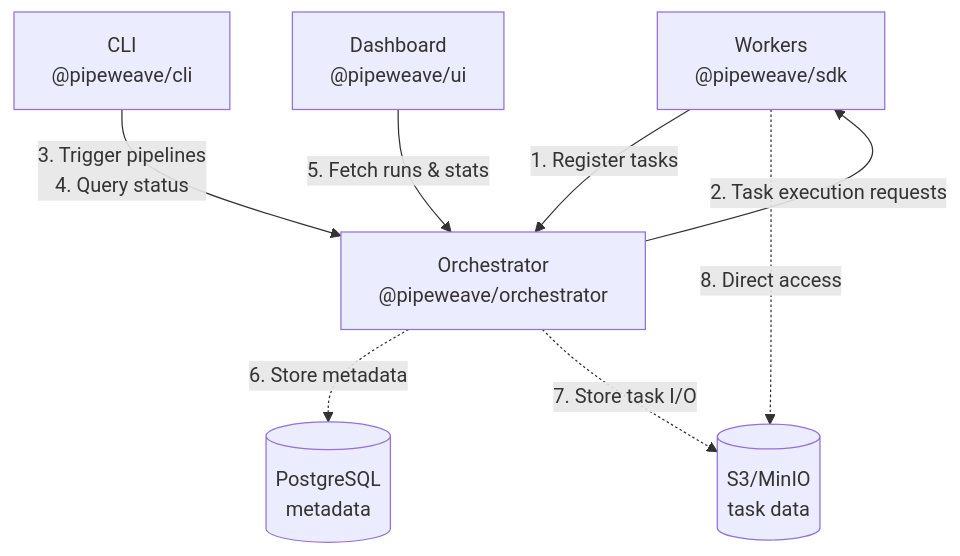
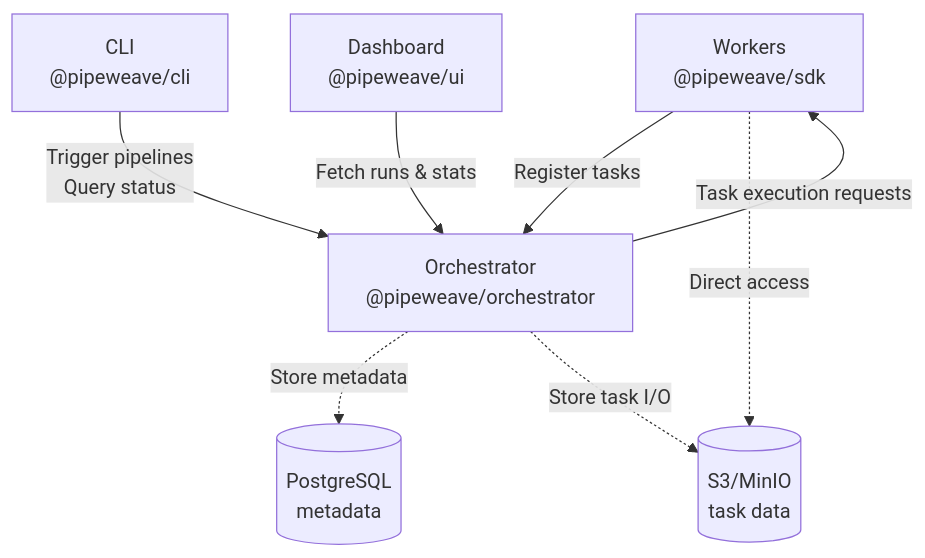
Before and after one commit to PipeWeave/pipeweave: the first of 2 diagrams in README.md, drawn with Mermaid. The commit also changed other lines of this file, not shown here.

Commit message:
docs: improve formatting and clarity in README packages section

````diff
--- a/README.md
+++ b/README.md
@@ -127,18 +127,18 @@
 ```mermaid
 graph TB
     Worker["Workers<br/>@pipeweave/sdk"]
     Orch["Orchestrator<br/>@pipeweave/orchestrator"]
     CLI["CLI<br/>@pipeweave/cli"]
     UI["Dashboard<br/>@pipeweave/ui"]
     DB[("PostgreSQL<br/>metadata")]
     S3[("S3/MinIO<br/>task data")]
 
-    Worker -->|"1. Register tasks"| Orch
-    Orch -->|"2. Task execution requests"| Worker
-    CLI -->|"3. Trigger pipelines<br/>4. Query status"| Orch
-    UI -->|"5. Fetch runs & stats"| Orch
+    Worker -->|"Register tasks"| Orch
+    Orch -->|"Task execution requests"| Worker
+    CLI -->|"Trigger pipelines<br/>Query status"| Orch
+    UI -->|"Fetch runs & stats"| Orch
 
-    Orch -.->|"6. Store metadata"| DB
-    Orch -.->|"7. Store task I/O"| S3
-    Worker -.->|"8. Direct access"| S3
+    Orch -.->|"Store metadata"| DB
+    Orch -.->|"Store task I/O"| S3
+    Worker -.->|"Direct access"| S3
 ```
````
